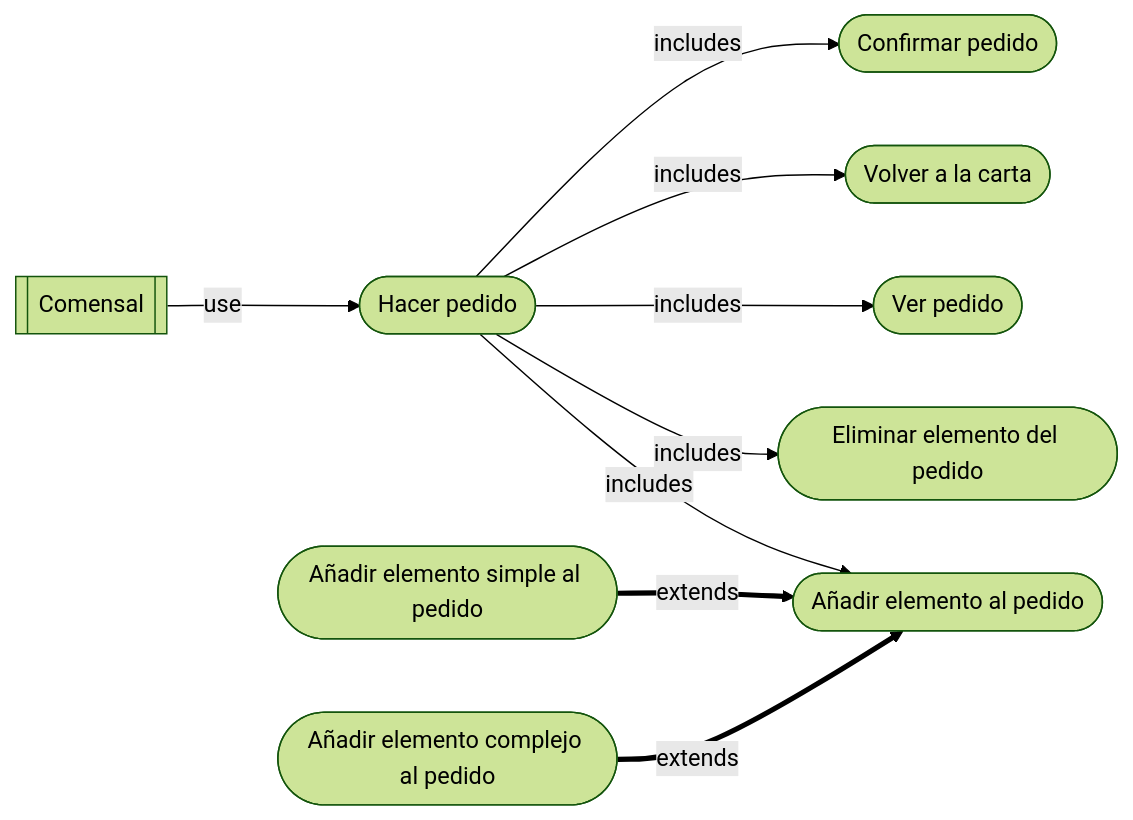
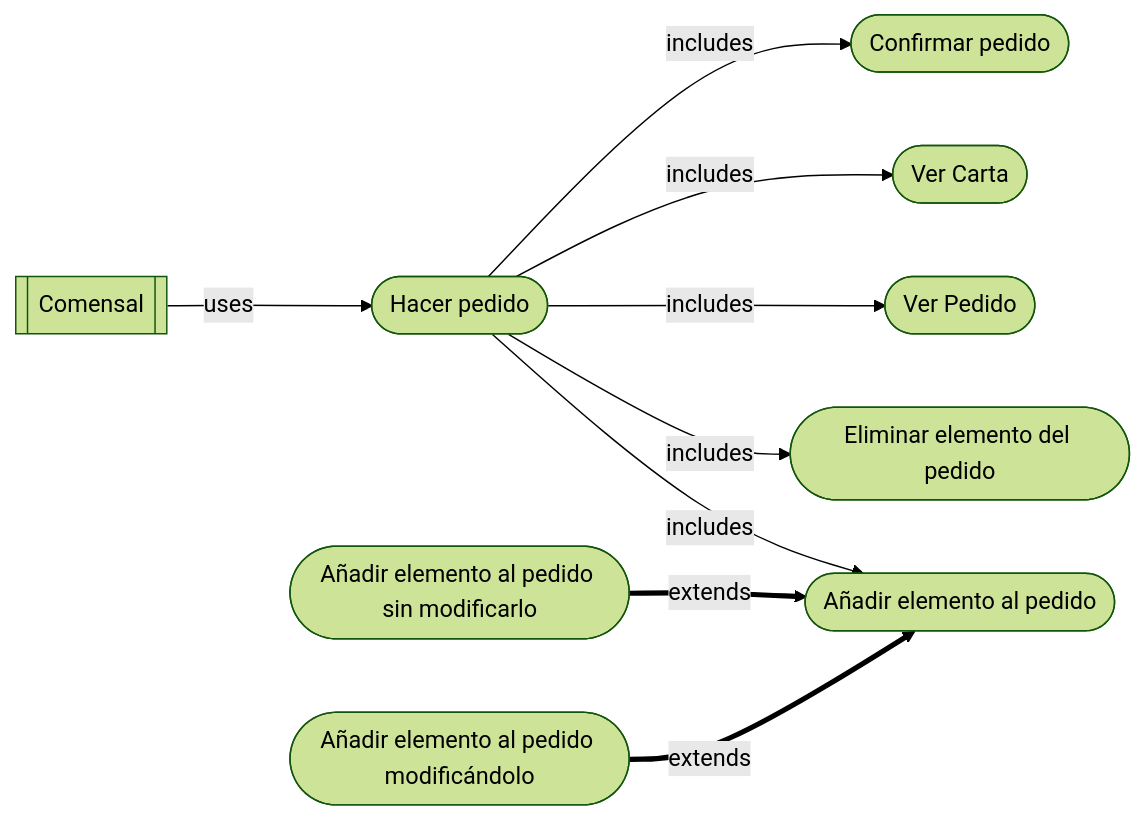
One commit to pabenito/QRest changed the fifth of 6 diagrams in documentacion/requisitos/casos_de_uso.md. Above: the diagram before and after it, drawn with Mermaid (forest theme). The commit also changed other lines of this file, not shown here.

Commit message:
casos de uso de Hacer Pedido

````diff
--- a/documentacion/requisitos/casos_de_uso.md
+++ b/documentacion/requisitos/casos_de_uso.md
@@ -150,15 +157,15 @@
 ```mermaid
 flowchart LR
   comensal[[Comensal]]
   hacer_pedido([Hacer pedido])
   anadir_al_pedido([Añadir elemento al pedido])
   eliminar_del_pedido([Eliminar elemento del pedido])
-  ver_pedido([Ver pedido])
-  volver_a_la_carta([Volver a la carta])
+  ver_pedido([Ver Pedido])
+  ver_carta([Ver Carta])
   confirmar_pedido([Confirmar pedido])
-  anadir_al_pedido_simple([Añadir elemento simple al pedido])
-  anadir_al_pedido_complejo([Añadir elemento complejo al pedido])
-  comensal --use--> hacer_pedido
-  hacer_pedido --includes--> anadir_al_pedido & eliminar_del_pedido & ver_pedido & volver_a_la_carta & confirmar_pedido
-  anadir_al_pedido_simple & anadir_al_pedido_complejo ==extends==> anadir_al_pedido
+  anadir_al_pedido_sin_modificarlo([Añadir elemento al pedido sin modificarlo])
+  anadir_al_pedido_modificandolo([Añadir elemento al pedido modificándolo])
+  comensal --uses--> hacer_pedido
+  hacer_pedido --includes--> anadir_al_pedido & eliminar_del_pedido & ver_pedido & ver_carta & confirmar_pedido
+  anadir_al_pedido_sin_modificarlo & anadir_al_pedido_modificandolo ==extends==> anadir_al_pedido
 ```
````
